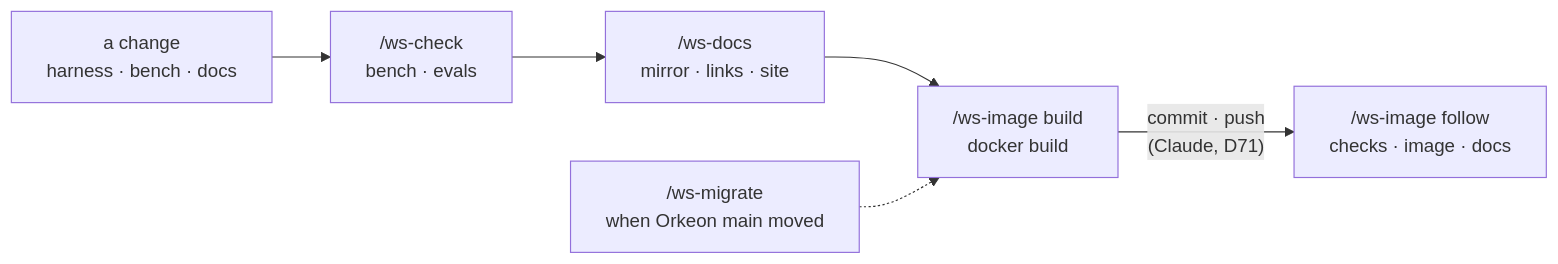
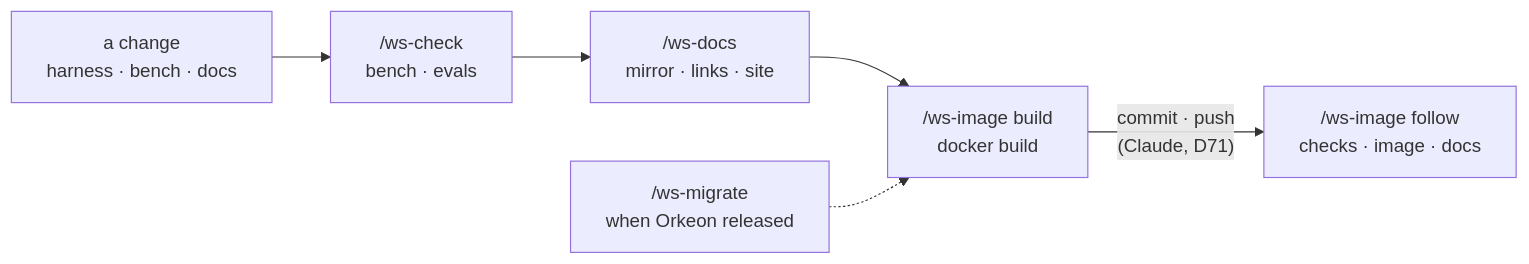
The diagram in docs/workflows/maintain-the-workshop.md (Orkeon/orkeon-workshop), drawn with Mermaid before and after one commit. The commit also changed other lines of this file and 653 other files, not shown here.

````diff
--- a/docs/workflows/maintain-the-workshop.md
+++ b/docs/workflows/maintain-the-workshop.md
@@ -19,8 +19,8 @@
 ```mermaid
 flowchart LR
     c["a change<br/>harness · bench · docs"] --> k["/ws-check<br/>bench · evals"]
     k --> d["/ws-docs<br/>mirror · links · site"]
     d --> b["/ws-image build<br/>docker build"]
     b -->|"commit · push<br/>(Claude, D71)"| f["/ws-image follow<br/>checks · image · docs"]
-    m["/ws-migrate<br/>when Orkeon main moved"] -.-> b
+    m["/ws-migrate<br/>when Orkeon released"] -.-> b
 ```
````
